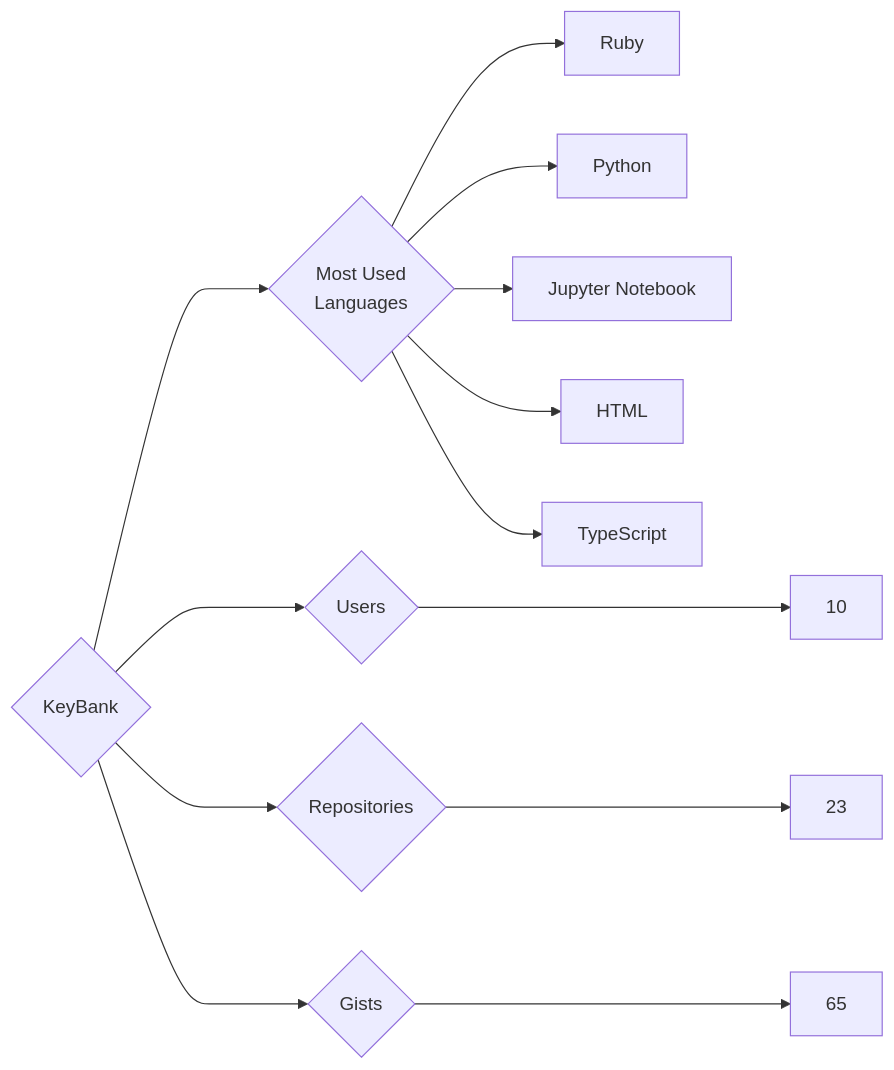
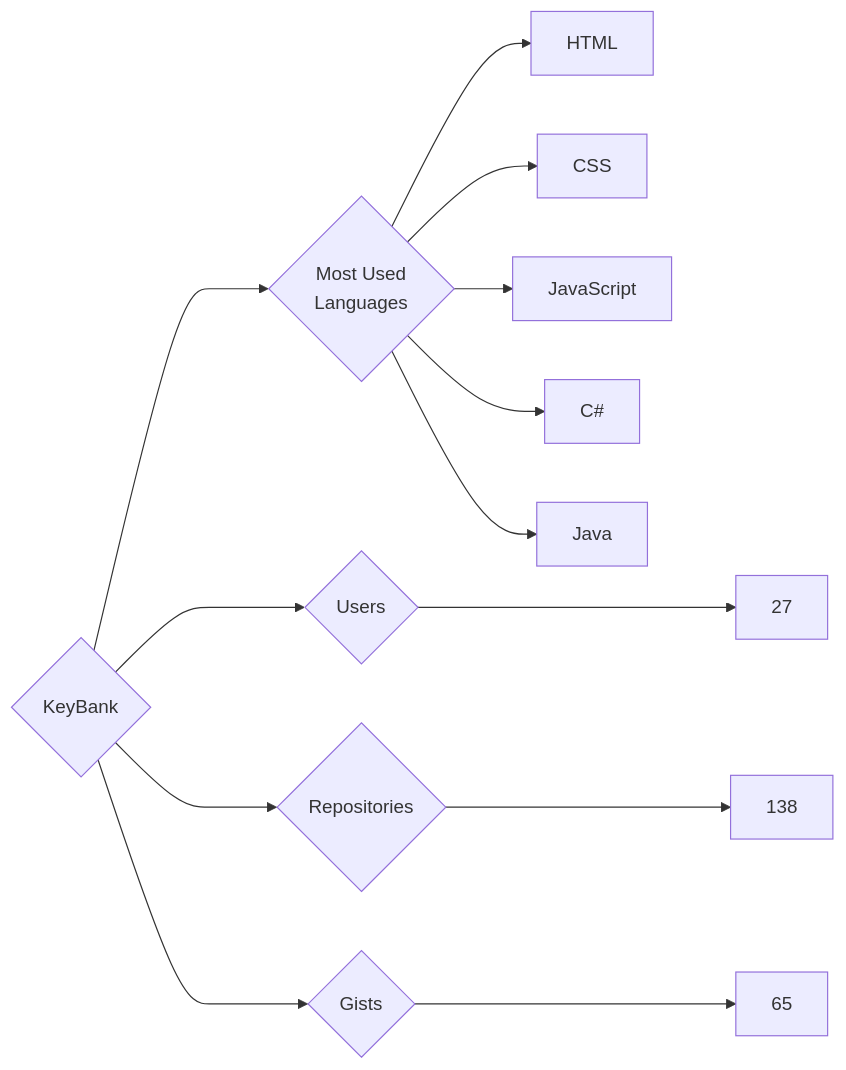
Before and after one commit to trickest/insiders: the diagram in targets/KeyBank/README.md, drawn with Mermaid. The commit also changed 873 other files, not shown here.

````diff
--- a/targets/KeyBank/README.md
+++ b/targets/KeyBank/README.md
@@ -3,13 +3,13 @@
 ```mermaid
 graph LR
 COMPANY_NAME{KeyBank}
-COMPANY_NAME ---> U{Users} ---> UN[10]
-COMPANY_NAME ---> R{Repositories} ---> RN[23]
+COMPANY_NAME ---> U{Users} ---> UN[27]
+COMPANY_NAME ---> R{Repositories} ---> RN[138]
 COMPANY_NAME ---> G{Gists} ---> GN[65]
 COMPANY_NAME ---> ML{Most Used<br>Languages}
-ML --> Ruby[Ruby]
-ML --> Python[Python]
-ML --> Jupyter_Notebook[Jupyter Notebook]
 ML --> HTML[HTML]
-ML --> TypeScript[TypeScript]
+ML --> CSS[CSS]
+ML --> JavaScript[JavaScript]
+ML --> C#[C#]
+ML --> Java[Java]
 ```
````
